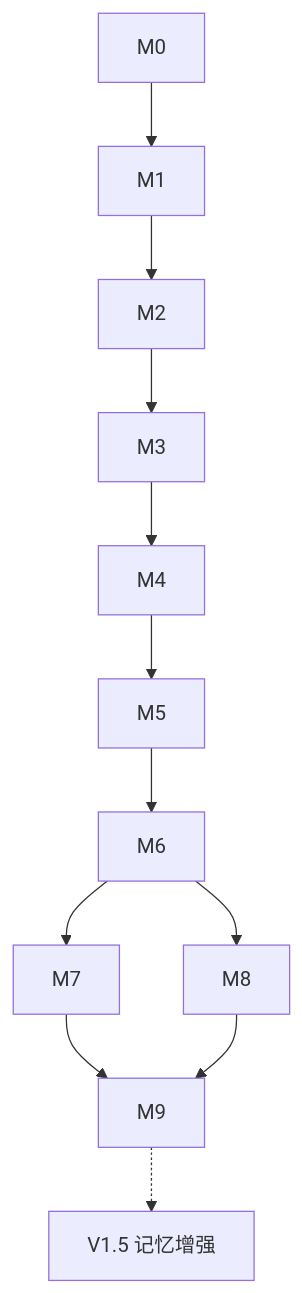
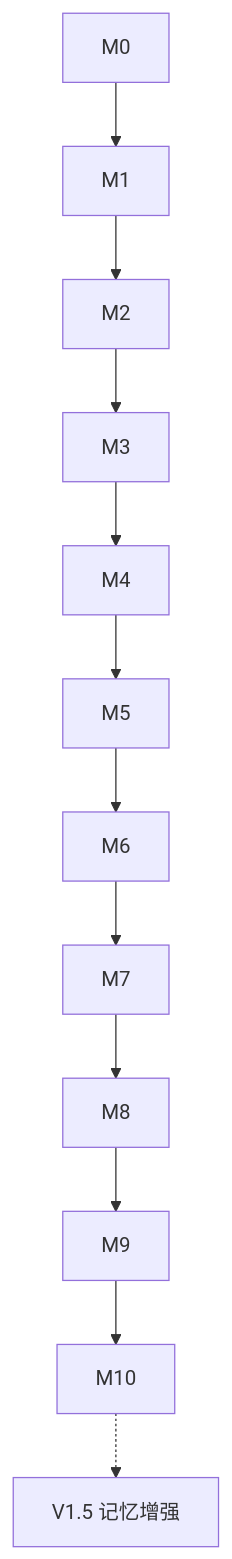
Before and after one commit to ygq-future/ai-cli-hub: the second of 2 diagrams in docs/05-Implementation-Plan.md, drawn with Mermaid. The commit also changed other lines of this file and 9 other files, not shown here.

````diff
--- a/docs/05-Implementation-Plan.md
+++ b/docs/05-Implementation-Plan.md
@@ -117,9 +128,7 @@
 ```mermaid
 flowchart TD
     M0 --> M1 --> M2 --> M3
     M3 --> M4 --> M5 --> M6 --> M7
-    M6 --> M8
-    M7 --> M9
-    M8 --> M9
-    M9 -.-> V15[V1.5 记忆增强]
+    M7 --> M8 --> M9 --> M10
+    M10 -.-> V15[V1.5 记忆增强]
 ```
````
